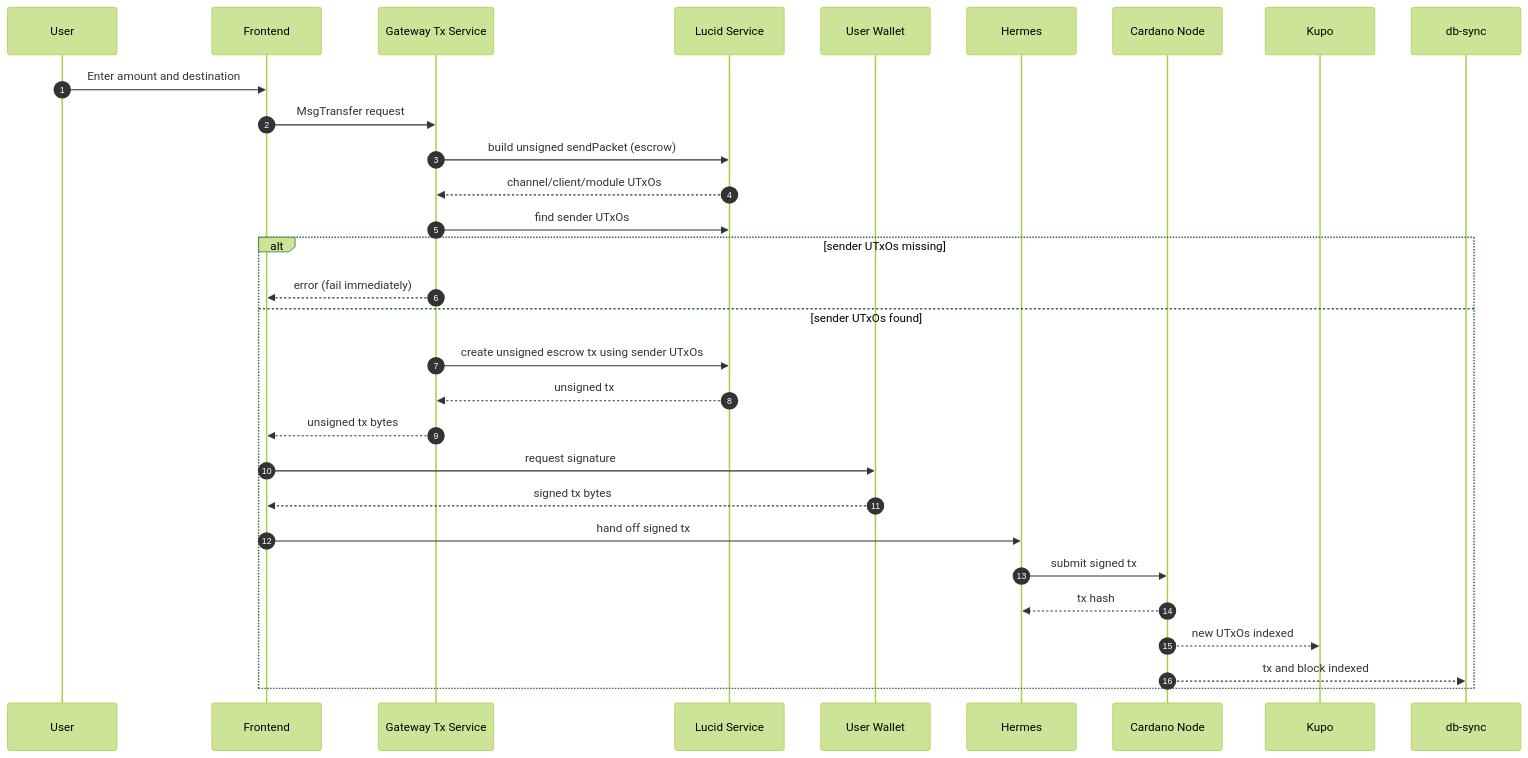
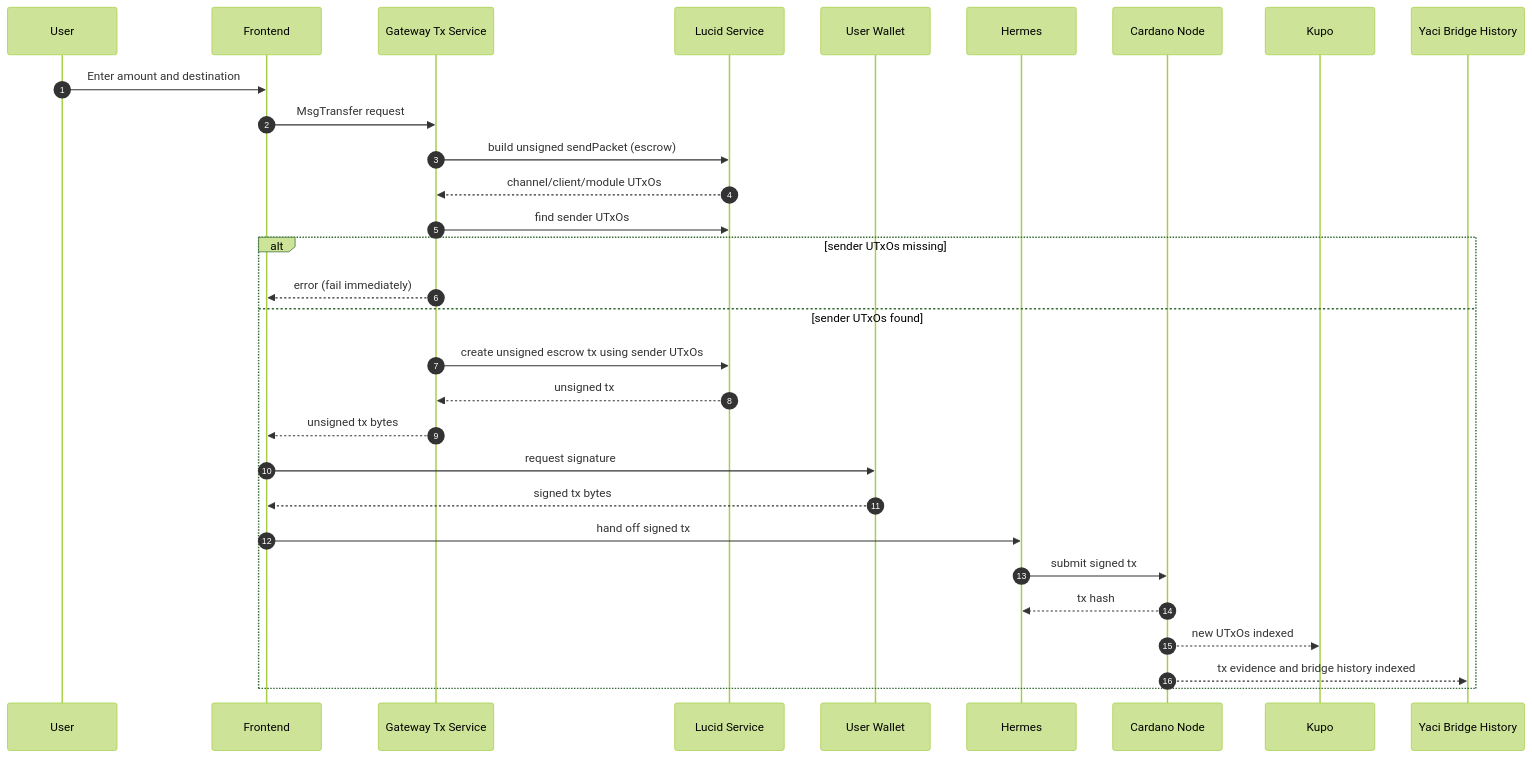
One commit to cardano-foundation/cardano-ibc-incubator changed the diagram in cardano/gateway/README.md. Above: the diagram before and after it, drawn with Mermaid (forest theme). The commit also changed other lines of this file, not shown here.

Commit message:
docs: clarify gateway yaci data plane

````diff
--- a/cardano/gateway/README.md
+++ b/cardano/gateway/README.md
@@ -33,33 +33,33 @@
 ```mermaid
 sequenceDiagram
   autonumber
   participant U as User
   participant F as Frontend
   participant T as Gateway Tx Service
   participant L as Lucid Service
   participant W as User Wallet
   participant H as Hermes
   participant N as Cardano Node
   participant K as Kupo
-  participant D as db-sync
+  participant Y as Yaci Bridge History
 
   U->>F: Enter amount and destination
   F->>T: MsgTransfer request
   T->>L: build unsigned sendPacket (escrow)
   L-->>T: channel/client/module UTxOs
   T->>L: find sender UTxOs
   alt sender UTxOs missing
     T-->>F: error (fail immediately)
   else sender UTxOs found
     T->>L: create unsigned escrow tx using sender UTxOs
     L-->>T: unsigned tx
     T-->>F: unsigned tx bytes
     F->>W: request signature
     W-->>F: signed tx bytes
     F->>H: hand off signed tx
     H->>N: submit signed tx
     N-->>H: tx hash
     N-->>K: new UTxOs indexed
-    N-->>D: tx and block indexed
+    N-->>Y: tx evidence and bridge history indexed
   end
 ```
````
